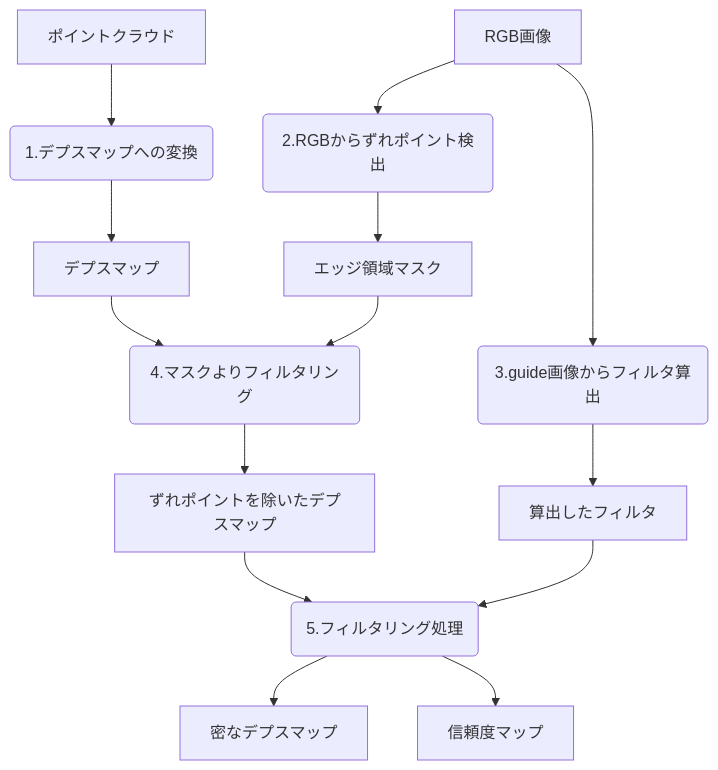
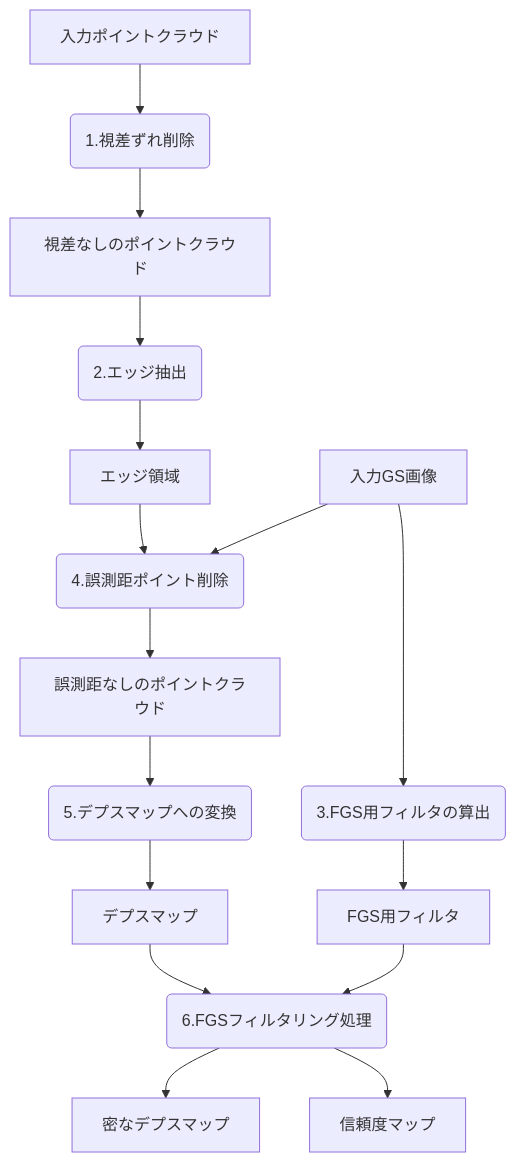
Before and after one commit to WeihanSun0/ds5_sample: the diagram in doc/er/report.md, drawn with Mermaid. The commit also changed other lines of this file and 1820 other files, not shown here.

Commit message:
add autosave function to sampleApp; revise ER

````diff
--- a/doc/er/report.md
+++ b/doc/er/report.md
@@ -197,24 +210,28 @@
 ```mermaid
 graph TB
-P1(2.RGBからずれポイント検出)
-P2(1.デプスマップへの変換)
-P4(3.guide画像からフィルタ算出)
-P5(5.フィルタリング処理)
-P6(4.マスクよりフィルタリング)
-I1[RGB画像]
-I2[ポイントクラウド]
-I3[デプスマップ]
-I4[エッジ領域マスク]
-I5[算出したフィルタ]
-I6[ずれポイントを除いたデプスマップ]
+P2(2.エッジ抽出)
+P1(1.視差ずれ削除)
+P3(3.FGS用フィルタの算出)
+P4(4.誤測距ポイント削除)
+P5(6.FGSフィルタリング処理)
+P6(5.デプスマップへの変換)
+
+I1[入力GS画像]
+I2[入力ポイントクラウド]
+I3[視差なしのポイントクラウド]
+I4[エッジ領域]
+I5[FGS用フィルタ]
+I6[誤測距なしのポイントクラウド]
+I7[デプスマップ]
 R1[密なデプスマップ]
 R2[信頼度マップ]
-I1 --> P1　--> I4
-I1 --> P4 --> I5
-I2 --> P2 --> I3
-I3 --> P6
-I4 --> P6 --> I6
-I6 --> P5
-I5 --> P5 --> R1
+I2 --> P1　--> I3
+I3 --> P2 --> I4
+I4 --> P4 --> I6
+I1 --> P4
+I1 --> P3 --> I5
+I6 --> P6 --> I7
+I7 --> P5 --> R1
+I5 --> P5
 P5 --> R2
 ```
````
